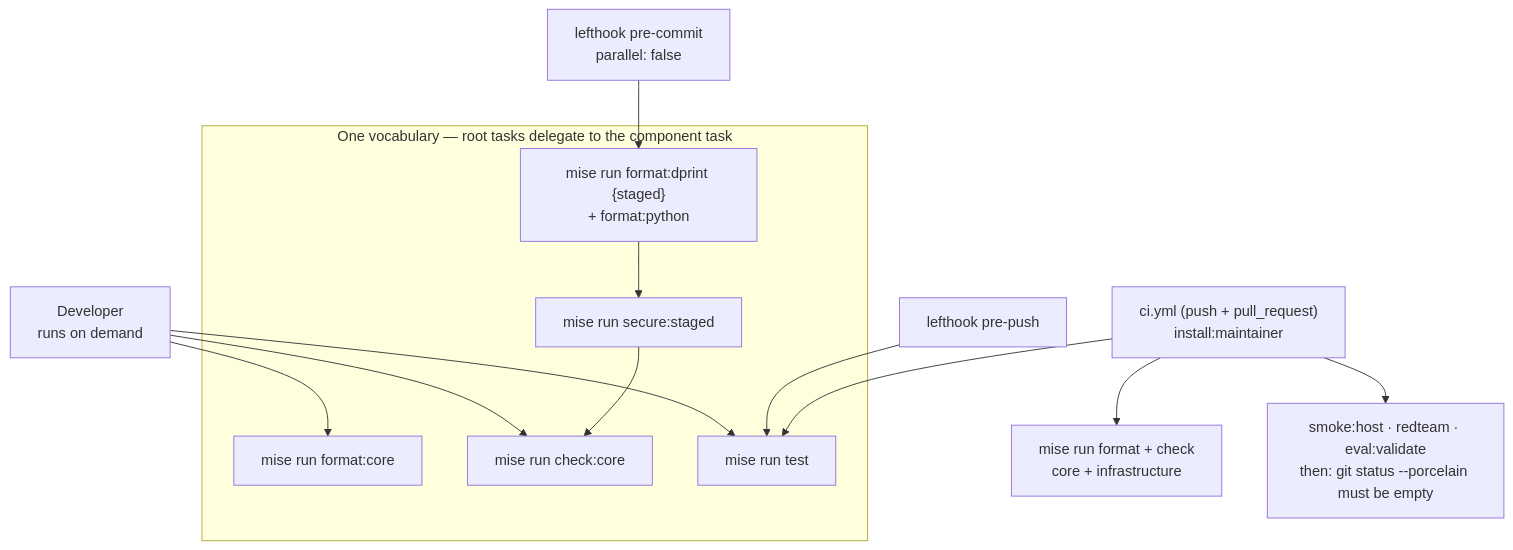
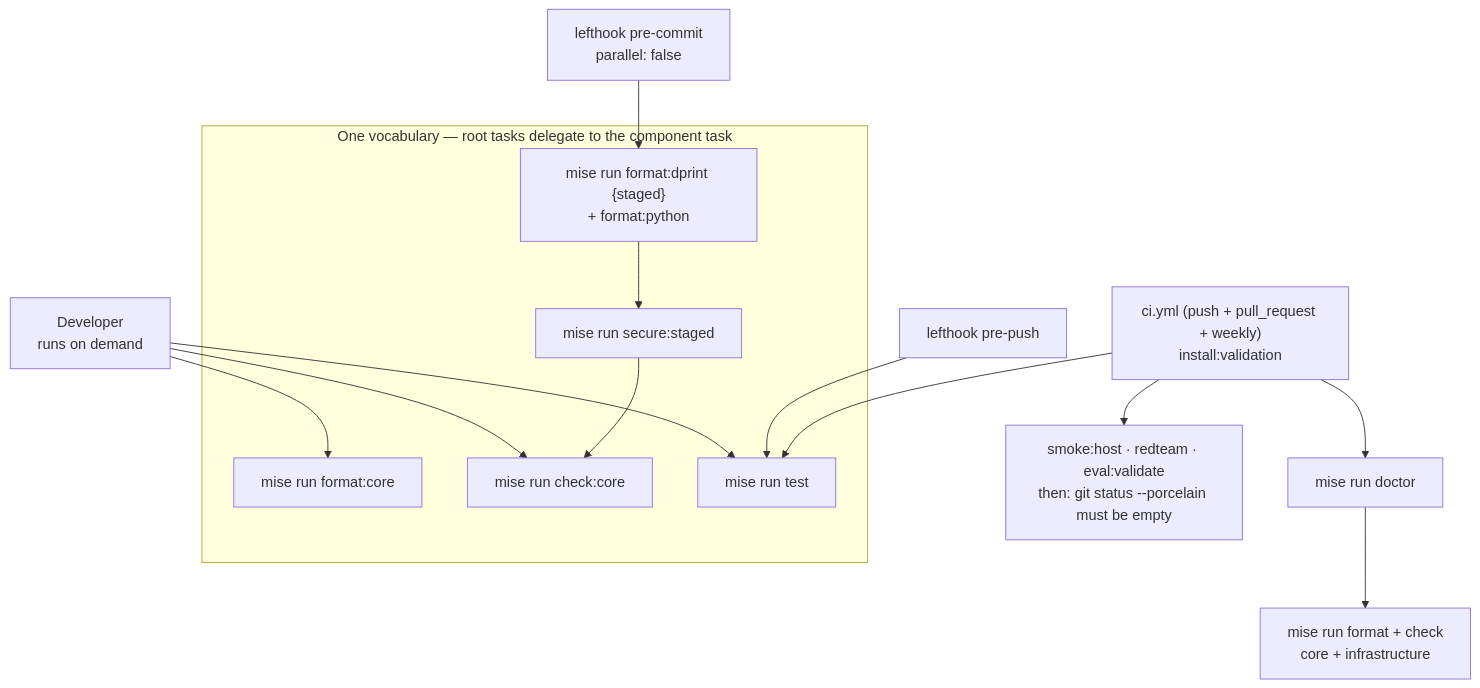
The diagram in docs/4. Quality/4.1. Linting.md (LuiGGi629/agentops-open-course), drawn with Mermaid before and after one commit. The commit also changed other lines of this file and 160 other files, not shown here.

````diff
--- a/docs/4. Quality/4.1. Linting.md
+++ b/docs/4. Quality/4.1. Linting.md
@@ -123,23 +123,23 @@
 ```mermaid
 flowchart TD
     subgraph vocab["One vocabulary — root tasks delegate to the component task"]
         FMT["mise run format:core"]
         FMTC["mise run format:dprint {staged}<br/>+ format:python"]
         CHK["mise run check:core"]
         TST["mise run test"]
         SEC["mise run secure:staged"]
     end
 
     DEV["Developer<br/>runs on demand"] --> FMT
     DEV --> CHK
     DEV --> TST
 
     PC["lefthook pre-commit<br/>parallel: false"] --> FMTC
     FMTC --> SEC --> CHK
 
     PP["lefthook pre-push"] --> TST
 
-    CI["ci.yml (push + pull_request)<br/>install:maintainer"] --> FULL["mise run format + check<br/>core + infrastructure"]
+    CI["ci.yml (push + pull_request + weekly)<br/>install:validation"] --> DOC["mise run doctor"] --> FULL["mise run format + check<br/>core + infrastructure"]
     CI --> TST
     CI --> EXTRA["smoke:host · redteam · eval:validate<br/>then: git status --porcelain must be empty"]
 ```
````
